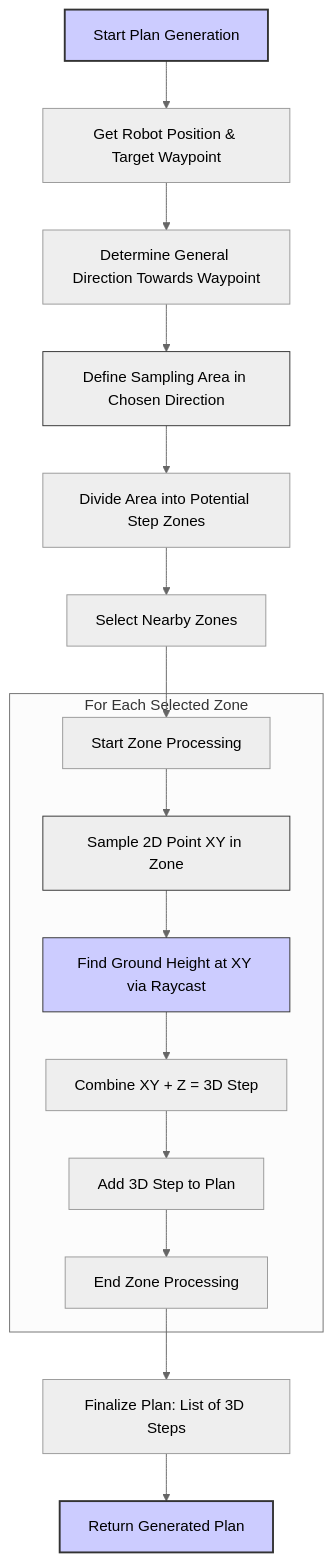
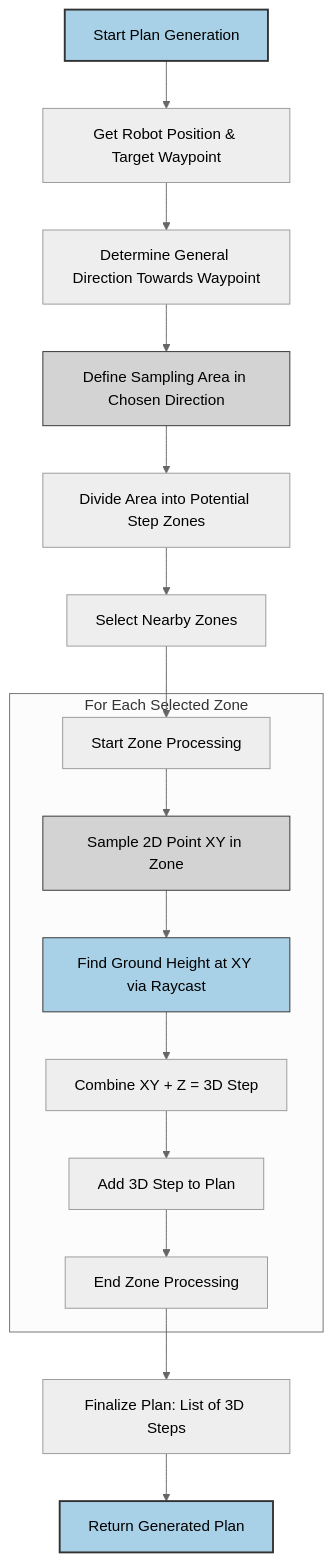
One commit to redradman/CPSC448Report changed the first of 2 diagrams in README.md. Above: the diagram before and after it, drawn with Mermaid (neutral theme).

Commit message:
Fix mermaid graph 1

````diff
--- a/README.md
+++ b/README.md
@@ -60,27 +60,27 @@
 ```mermaid
 graph TD
     A[Start Plan Generation] --> B[Get Robot Position & Target Waypoint];
     B --> C[Determine General Direction Towards Waypoint];
     C --> D[Define Sampling Area in Chosen Direction];
     D --> E[Divide Area into Potential Step Zones];
     E --> F[Select Nearby Zones];
 
     subgraph For Each Selected Zone
         G[Start Zone Processing] --> H[Sample 2D Point XY in Zone];
         H --> I[Find Ground Height at XY via Raycast];
         I --> J[Combine XY + Z = 3D Step];
         J --> K[Add 3D Step to Plan];
         K --> L[End Zone Processing];
     end
 
     F --> G;
     L --> M[Finalize Plan: List of 3D Steps];
     M --> N[Return Generated Plan];
 
     %% Styling
-    style A fill:#ccf,stroke:#333,stroke-width:2px
-    style D fill:#lightgrey,stroke:#333,stroke-width:1px
-    style H fill:#lightgrey,stroke:#333,stroke-width:1px
-    style I fill:#ccf,stroke:#333,stroke-width:1px
-    style N fill:#ccf,stroke:#333,stroke-width:2px
+    style A fill:#a8d0e6,stroke:#333,stroke-width:2px,color:#000
+    style D fill:#d3d3d3,stroke:#333,stroke-width:1px,color:#000
+    style H fill:#d3d3d3,stroke:#333,stroke-width:1px,color:#000
+    style I fill:#a8d0e6,stroke:#333,stroke-width:1px,color:#000
+    style N fill:#a8d0e6,stroke:#333,stroke-width:2px,color:#000
 ```
````
